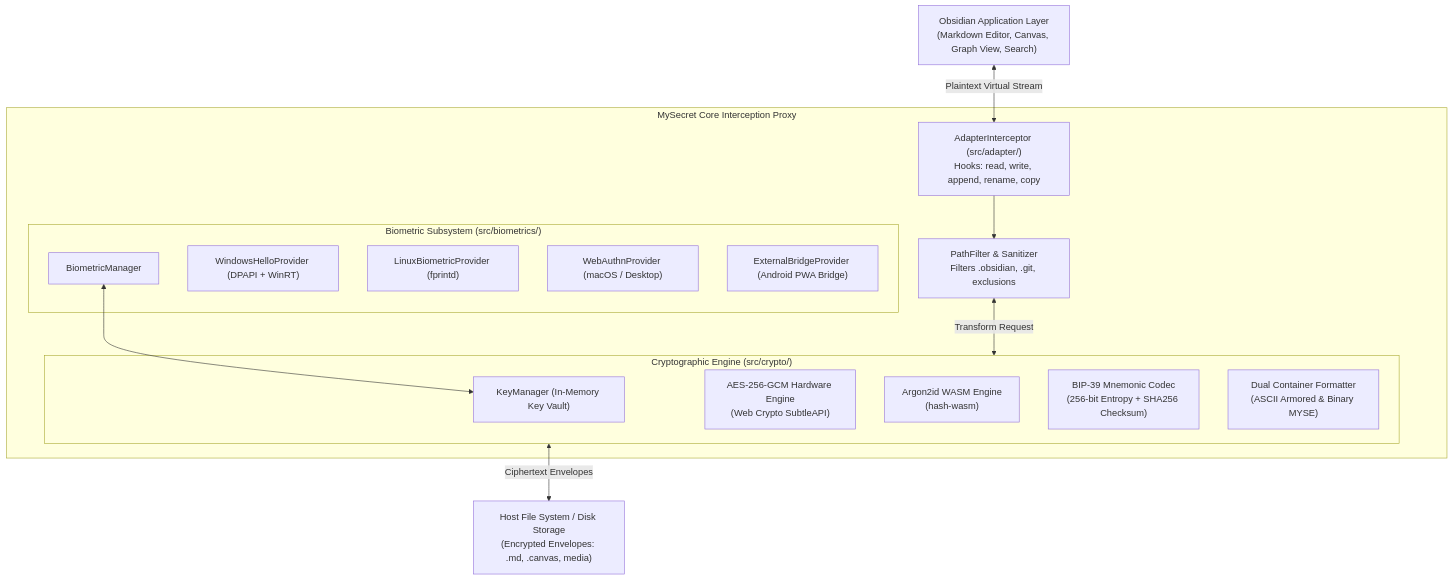
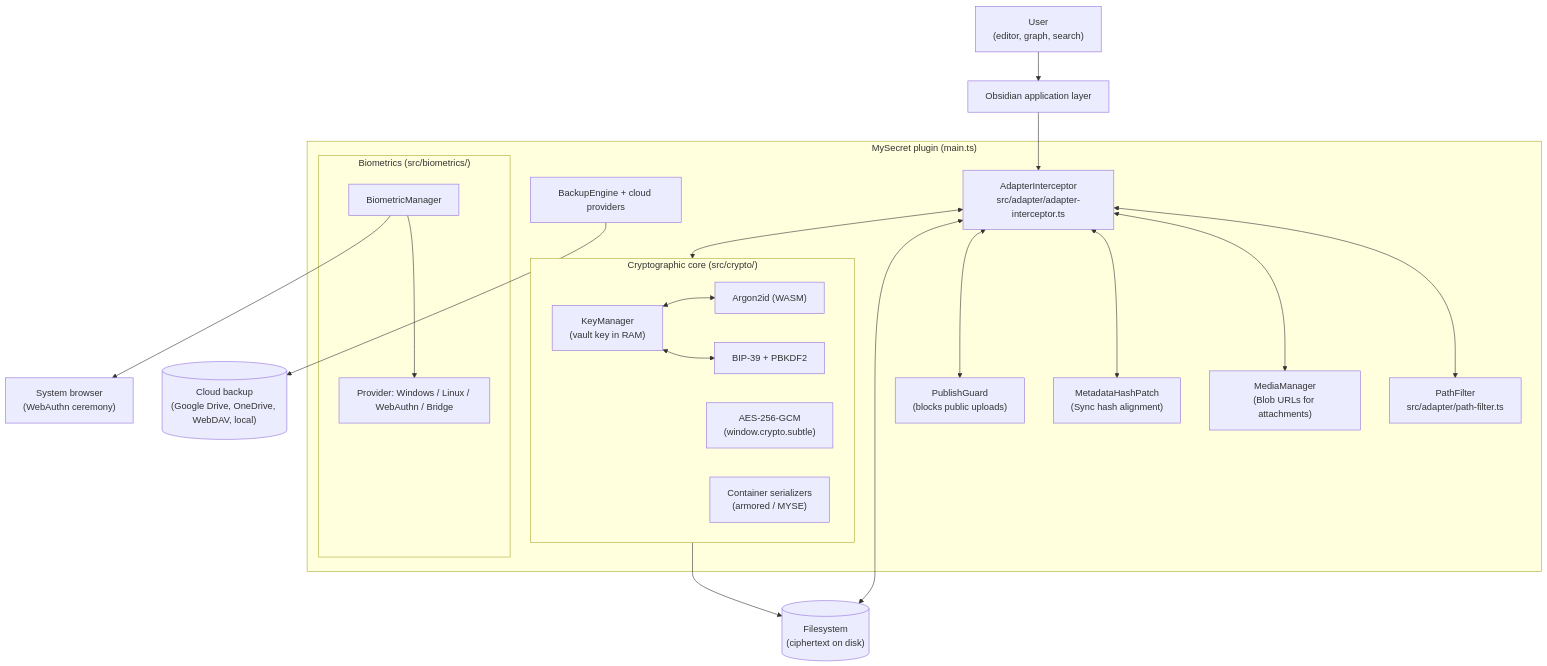
Before and after one commit to abismalmx/MySecret: the diagram in DEVELOPER_GUIDE.md, drawn with Mermaid. The commit also changed other lines of this file and 1 other file, not shown here.

````diff
--- a/DEVELOPER_GUIDE.md
+++ b/DEVELOPER_GUIDE.md
@@ -44,33 +338,46 @@
 ```mermaid
 graph TD
-    ObsidianApp["Obsidian Application Layer<br>(Markdown Editor, Canvas, Graph View, Search)"]
-    
-    subgraph MySecretCore ["MySecret Core Interception Proxy"]
-        AdapterInterceptor["AdapterInterceptor (src/adapter/)<br>Hooks: read, write, append, rename, copy"]
-        PathFilter["PathFilter & Sanitizer<br>Filters .obsidian, .git, exclusions"]
-        
-        subgraph CryptoEngine ["Cryptographic Engine (src/crypto/)"]
-            KeyManager["KeyManager (In-Memory Key Vault)"]
-            AES256["AES-256-GCM Hardware Engine<br>(Web Crypto SubtleAPI)"]
-            Argon2["Argon2id WASM Engine<br>(hash-wasm)"]
-            BIP39["BIP-39 Mnemonic Codec<br>(256-bit Entropy + SHA256 Checksum)"]
-            Envelope["Dual Container Formatter<br>(ASCII Armored & Binary MYSE)"]
+    User["User<br/>(editor, graph, search)"]
+    Obsidian["Obsidian application layer"]
+
+    subgraph Plugin["MySecret plugin (main.ts)"]
+        Interceptor["AdapterInterceptor<br/>src/adapter/adapter-interceptor.ts"]
+        Filter["PathFilter<br/>src/adapter/path-filter.ts"]
+        Media["MediaManager<br/>(Blob URLs for attachments)"]
+        HashPatch["MetadataHashPatch<br/>(Sync hash alignment)"]
+        Publish["PublishGuard<br/>(blocks public uploads)"]
+
+        subgraph Crypto["Cryptographic core (src/crypto/)"]
+            KeyMgr["KeyManager<br/>(vault key in RAM)"]
+            AES["AES-256-GCM<br/>(window.crypto.subtle)"]
+            Argon2["Argon2id (WASM)"]
+            BIP39["BIP-39 + PBKDF2"]
+            Env["Container serializers<br/>(armored / MYSE)"]
         end
-        
-        subgraph BioSubsystem ["Biometric Subsystem (src/biometrics/)"]
-            BioManager["BiometricManager"]
-            WinHello["WindowsHelloProvider (DPAPI + WinRT)"]
-            LinuxBio["LinuxBiometricProvider (fprintd)"]
-            WebAuthn["WebAuthnProvider (macOS / Desktop)"]
-            ExtBridge["ExternalBridgeProvider (Android PWA Bridge)"]
+
+        subgraph Bio["Biometrics (src/biometrics/)"]
+            BioMgr["BiometricManager"]
+            Prov["Provider: Windows / Linux / WebAuthn / Bridge"]
         end
+
+        Backup["BackupEngine + cloud providers"]
     end
-    
-    DiskStorage["Host File System / Disk Storage<br>(Encrypted Envelopes: .md, .canvas, media)"]
-    
-    ObsidianApp <-->|Plaintext Virtual Stream| AdapterInterceptor
-    AdapterInterceptor --> PathFilter
-    PathFilter <-->|Transform Request| CryptoEngine
-    CryptoEngine <-->|Ciphertext Envelopes| DiskStorage
-    BioManager <--> KeyManager
+
+    FS[("Filesystem<br/>(ciphertext on disk)")]
+    Cloud[("Cloud backup<br/>(Google Drive, OneDrive, WebDAV, local)")]
+    Browser["System browser<br/>(WebAuthn ceremony)"]
+
+    User --> Obsidian --> Interceptor
+    Interceptor <--> Filter
+    Interceptor <--> Crypto
+    Interceptor <--> Media
+    Interceptor <--> HashPatch
+    Interceptor <--> Publish
+    KeyMgr <--> Argon2
+    KeyMgr <--> BIP39
+    BioMgr --> Prov
+    BioMgr --> Browser
+    Backup --> Cloud
+    Interceptor <--> FS
+    Crypto --> FS
 ```
````
